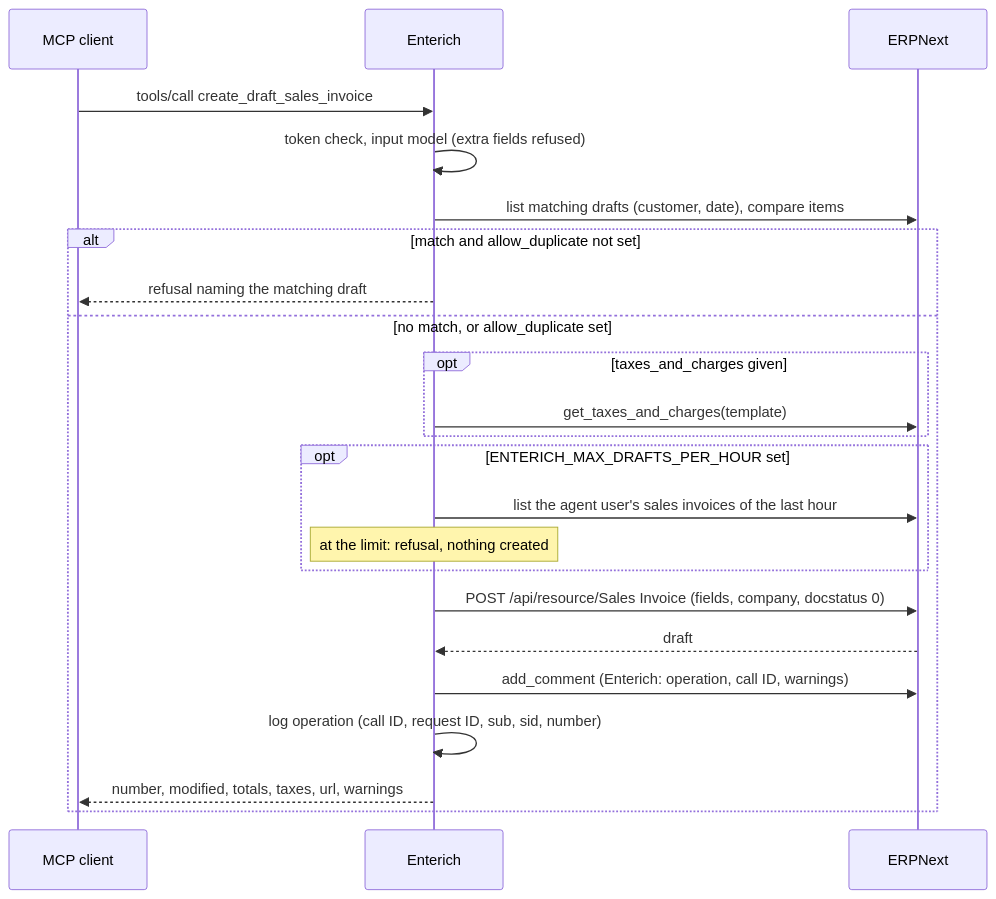
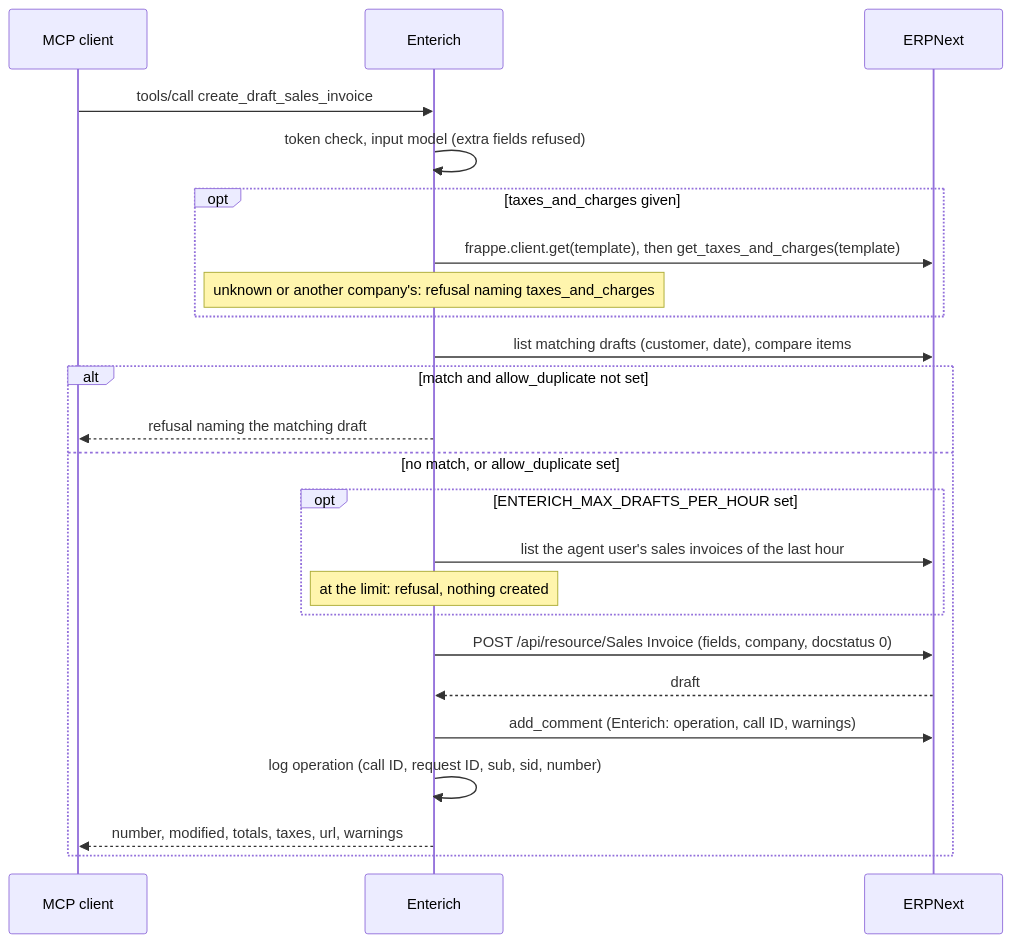
One commit to Interlusion/enterich changed the fourth of 5 diagrams in docs/arc42/README.md. Above: the diagram before and after it, drawn with Mermaid. The commit also changed other lines of this file, not shown here.

First line of the commit message:
docs: the architecture's name lookup, drafts limit across replicas, return methods, create order and returns module

````diff
--- a/docs/arc42/README.md
+++ b/docs/arc42/README.md
@@ -144,25 +144,26 @@
 ```mermaid
 sequenceDiagram
     participant C as MCP client
     participant E as Enterich
     participant N as ERPNext
     C->>E: tools/call create_draft_sales_invoice
     E->>E: token check, input model (extra fields refused)
+    opt taxes_and_charges given
+        E->>N: frappe.client.get(template), then get_taxes_and_charges(template)
+        Note over E: unknown or another company's: refusal naming taxes_and_charges
+    end
     E->>N: list matching drafts (customer, date), compare items
     alt match and allow_duplicate not set
         E-->>C: refusal naming the matching draft
     else no match, or allow_duplicate set
-        opt taxes_and_charges given
-            E->>N: get_taxes_and_charges(template)
-        end
         opt ENTERICH_MAX_DRAFTS_PER_HOUR set
             E->>N: list the agent user's sales invoices of the last hour
             Note over E: at the limit: refusal, nothing created
         end
         E->>N: POST /api/resource/Sales Invoice (fields, company, docstatus 0)
         N-->>E: draft
         E->>N: add_comment (Enterich: operation, call ID, warnings)
         E->>E: log operation (call ID, request ID, sub, sid, number)
         E-->>C: number, modified, totals, taxes, url, warnings
     end
 ```
````
